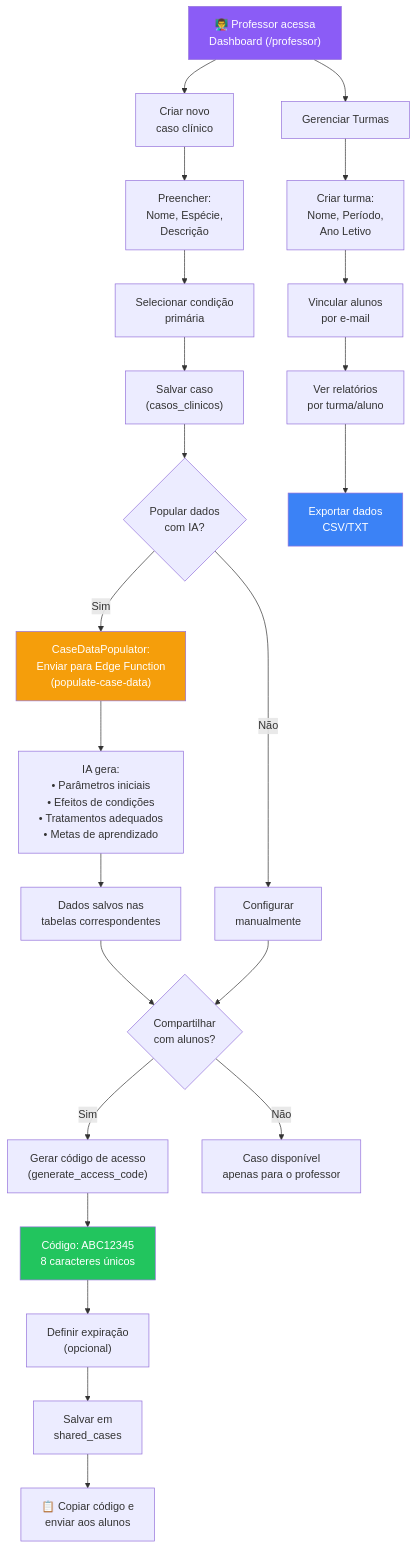
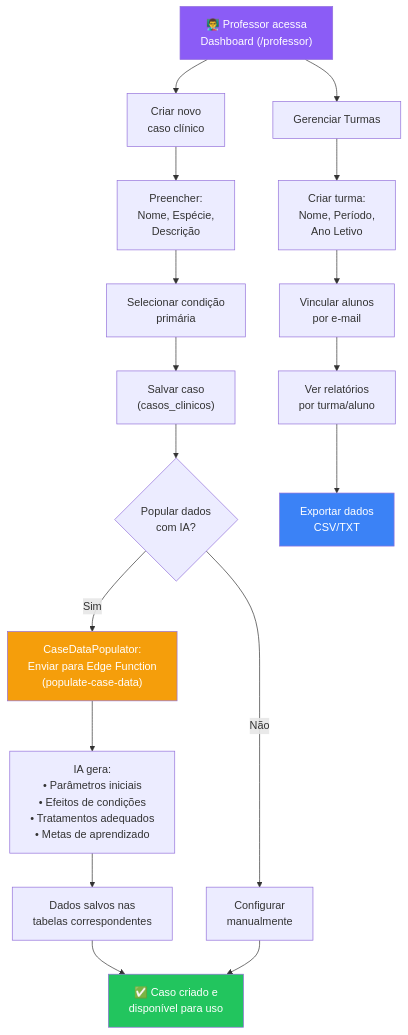
One commit to KyoFaBraL/vet-sim-buddy changed the sixth of 10 diagrams in DIAGRAMAS_MERMAID.md. Above: the diagram before and after it, drawn with Mermaid.

````diff
--- a/DIAGRAMAS_MERMAID.md
+++ b/DIAGRAMAS_MERMAID.md
@@ -422,36 +422,28 @@
 ```mermaid
 flowchart TD
     A["👨‍🏫 Professor acessa<br/>Dashboard (/professor)"] --> B["Criar novo<br/>caso clínico"]
 
     B --> C["Preencher:<br/>Nome, Espécie,<br/>Descrição"]
     C --> D["Selecionar condição<br/>primária"]
     D --> E["Salvar caso<br/>(casos_clinicos)"]
 
     E --> F{"Popular dados<br/>com IA?"}
     F -- Sim --> G["CaseDataPopulator:<br/>Enviar para Edge Function<br/>(populate-case-data)"]
     G --> H["IA gera:<br/>• Parâmetros iniciais<br/>• Efeitos de condições<br/>• Tratamentos adequados<br/>• Metas de aprendizado"]
     H --> I["Dados salvos nas<br/>tabelas correspondentes"]
     F -- Não --> J["Configurar<br/>manualmente"]
 
-    I --> K{"Compartilhar<br/>com alunos?"}
+    I --> K["✅ Caso criado e<br/>disponível para uso"]
     J --> K
-
-    K -- Sim --> L["Gerar código de acesso<br/>(generate_access_code)"]
-    L --> M["Código: ABC12345<br/>8 caracteres únicos"]
-    M --> N["Definir expiração<br/>(opcional)"]
-    N --> O["Salvar em<br/>shared_cases"]
-    O --> P["📋 Copiar código e<br/>enviar aos alunos"]
-
-    K -- Não --> Q["Caso disponível<br/>apenas para o professor"]
 
     A --> R["Gerenciar Turmas"]
     R --> S["Criar turma:<br/>Nome, Período,<br/>Ano Letivo"]
     S --> T["Vincular alunos<br/>por e-mail"]
     T --> U["Ver relatórios<br/>por turma/aluno"]
     U --> V["Exportar dados<br/>CSV/TXT"]
 
     style A fill:#8b5cf6,color:#fff
     style G fill:#f59e0b,color:#fff
-    style M fill:#22c55e,color:#fff
+    style K fill:#22c55e,color:#fff
     style V fill:#3b82f6,color:#fff
 ```
````
